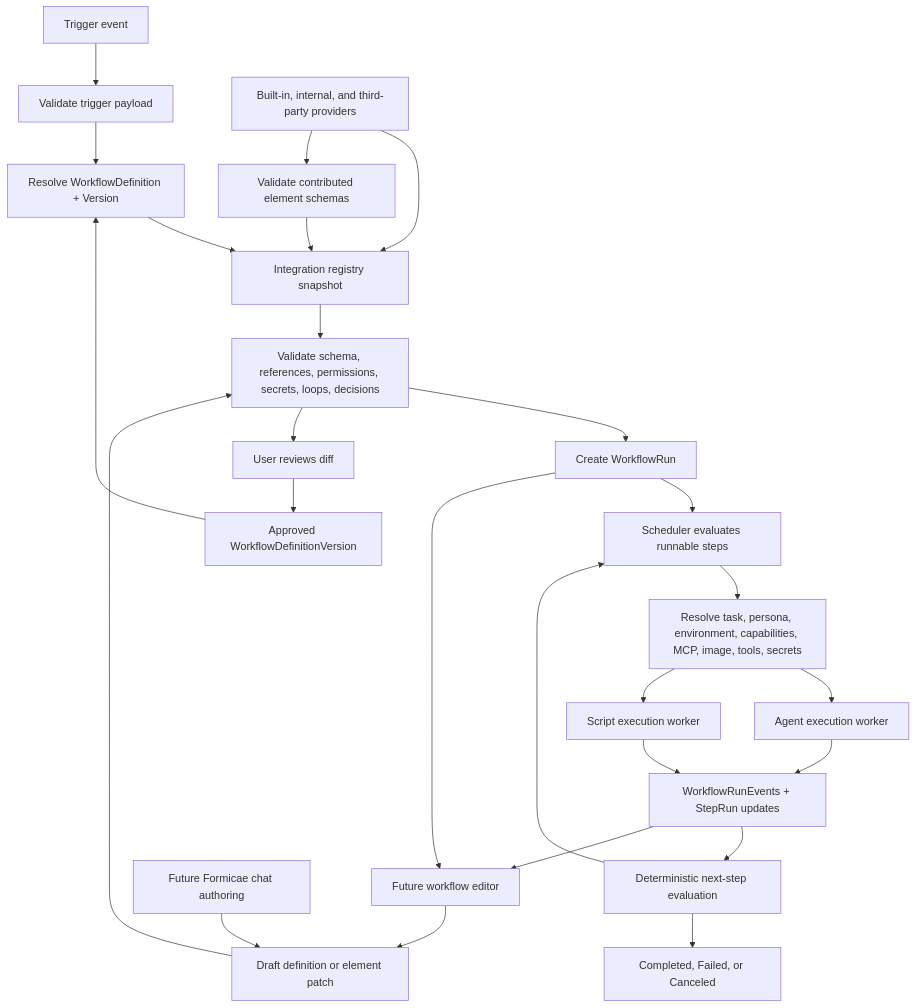
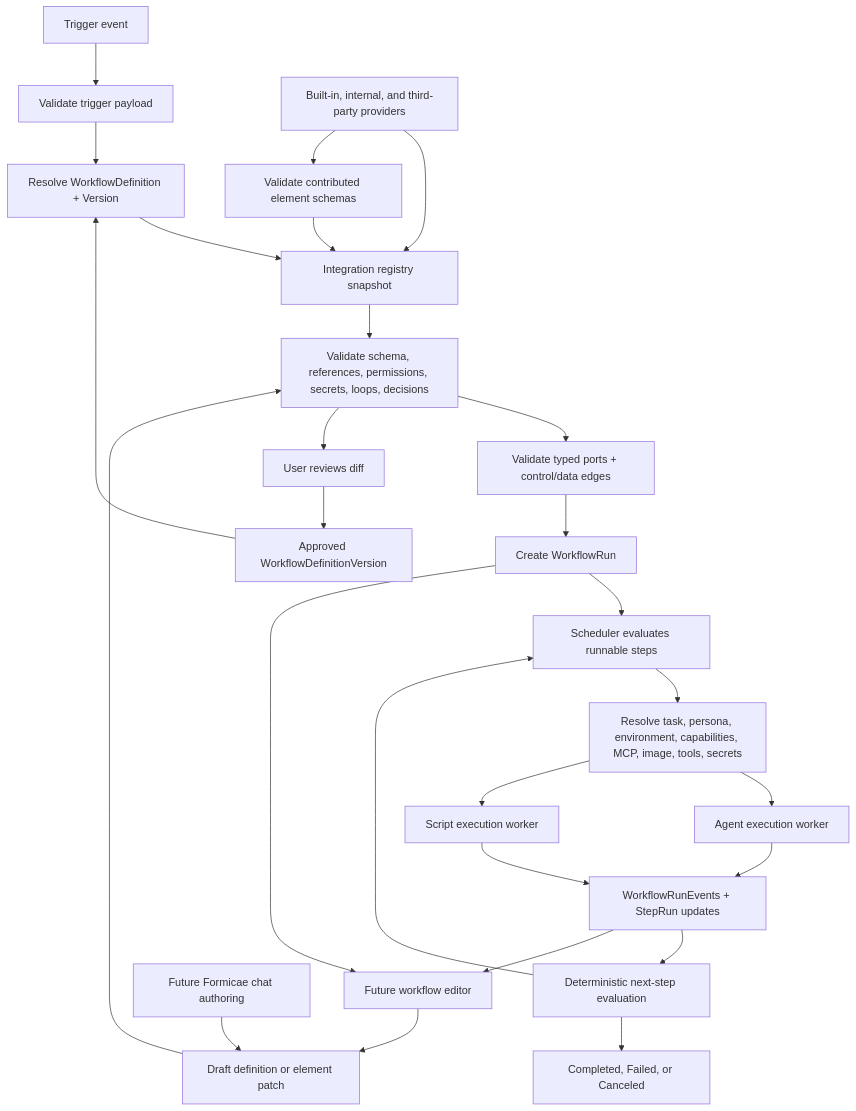
One commit to anhaehne/hhnl.Formicae changed the diagram in docs/configurable-workflows-architecture.md. Above: the diagram before and after it, drawn with Mermaid. The commit also changed other lines of this file and 4 other files, not shown here.

````diff
--- a/docs/configurable-workflows-architecture.md
+++ b/docs/configurable-workflows-architecture.md
@@ -432,31 +512,32 @@
 ```mermaid
 flowchart TD
     TriggerEvent[Trigger event] --> TriggerValidation[Validate trigger payload]
     TriggerValidation --> DefinitionResolution[Resolve WorkflowDefinition + Version]
     DefinitionResolution --> RegistrySnapshot[Integration registry snapshot]
     RegistrySnapshot --> DefinitionValidation[Validate schema, references, permissions, secrets, loops, decisions]
-    DefinitionValidation --> RunCreation[Create WorkflowRun]
+    DefinitionValidation --> TypedGraphValidation[Validate typed ports + control/data edges]
+    TypedGraphValidation --> RunCreation[Create WorkflowRun]
     RunCreation --> Scheduler[Scheduler evaluates runnable steps]
     Scheduler --> RuntimeResolution[Resolve task, persona, environment, capabilities, MCP, image, tools, secrets]
     RuntimeResolution --> AgentExecution[Agent execution worker]
     RuntimeResolution --> ScriptExecution[Script execution worker]
     AgentExecution --> Events[WorkflowRunEvents + StepRun updates]
     ScriptExecution --> Events
     Events --> NextStep[Deterministic next-step evaluation]
     NextStep --> Scheduler
     NextStep --> Terminal[Completed, Failed, or Canceled]
 
     IntegrationProvider[Built-in, internal, and third-party providers] --> RegistrySnapshot
     IntegrationProvider --> ElementValidation[Validate contributed element schemas]
     ElementValidation --> RegistrySnapshot
 
     Chat[Future Formicae chat authoring] --> DraftDefinition[Draft definition or element patch]
     UI[Future workflow editor] --> DraftDefinition
     DraftDefinition --> DefinitionValidation
     DefinitionValidation --> ReviewDiff[User reviews diff]
     ReviewDiff --> ApprovedVersion[Approved WorkflowDefinitionVersion]
     ApprovedVersion --> DefinitionResolution
 
     Events --> UI
     RunCreation --> UI
 ```
````
